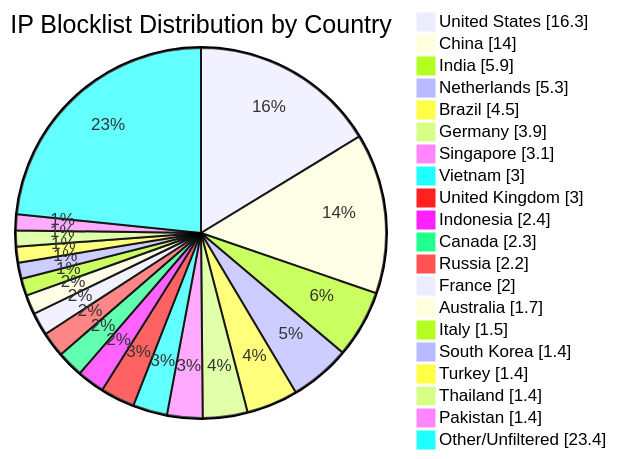
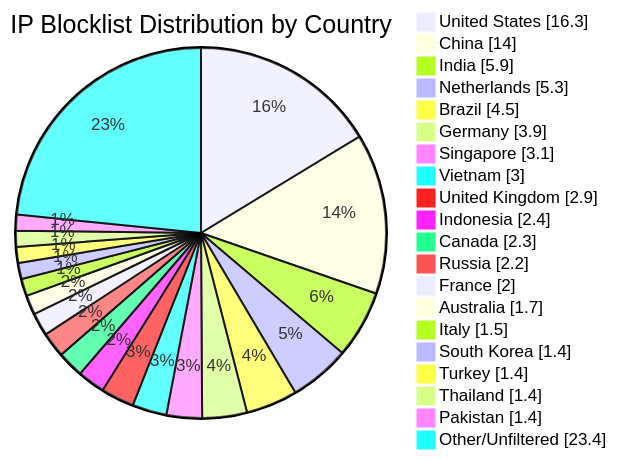
One commit to dewdmadbro/ip-blocklist-dewd changed the diagram in README.md. Above: the diagram before and after it, drawn with Mermaid. The commit also changed other lines of this file and 53 other files, not shown here.

````diff
--- a/README.md
+++ b/README.md
@@ -34,23 +34,23 @@
 ```mermaid
 pie showData title IP Blocklist Distribution by Country
 "United States" : 16.3
 "China" : 14.0
 "India" : 5.9
 "Netherlands" : 5.3
 "Brazil" : 4.5
 "Germany" : 3.9
 "Singapore" : 3.1
 "Vietnam" : 3.0
-"United Kingdom" : 3.0
+"United Kingdom" : 2.9
 "Indonesia" : 2.4
 "Canada" : 2.3
 "Russia" : 2.2
 "France" : 2.0
 "Australia" : 1.7
 "Italy" : 1.5
 "South Korea" : 1.4
 "Turkey" : 1.4
 "Thailand" : 1.4
 "Pakistan" : 1.4
 "Other/Unfiltered" : 23.4
 ```
````
